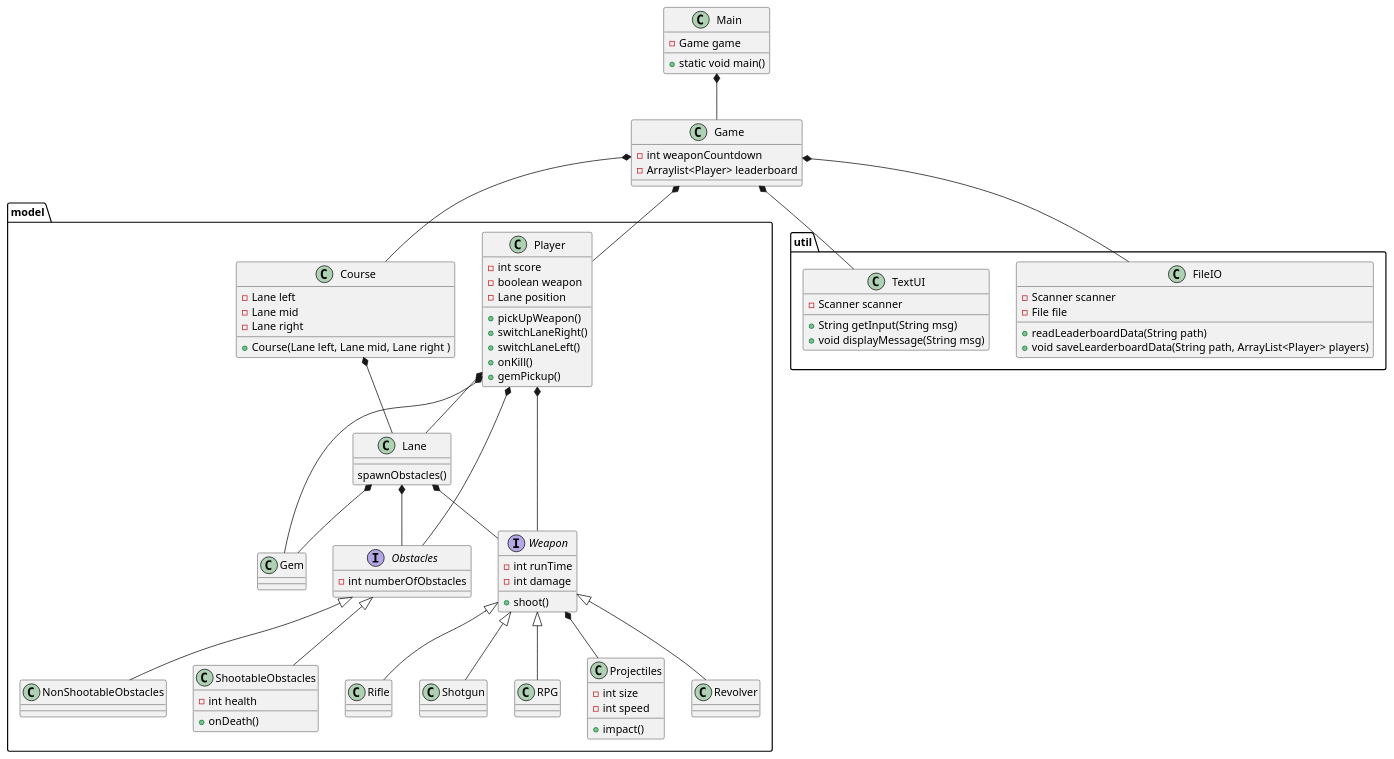
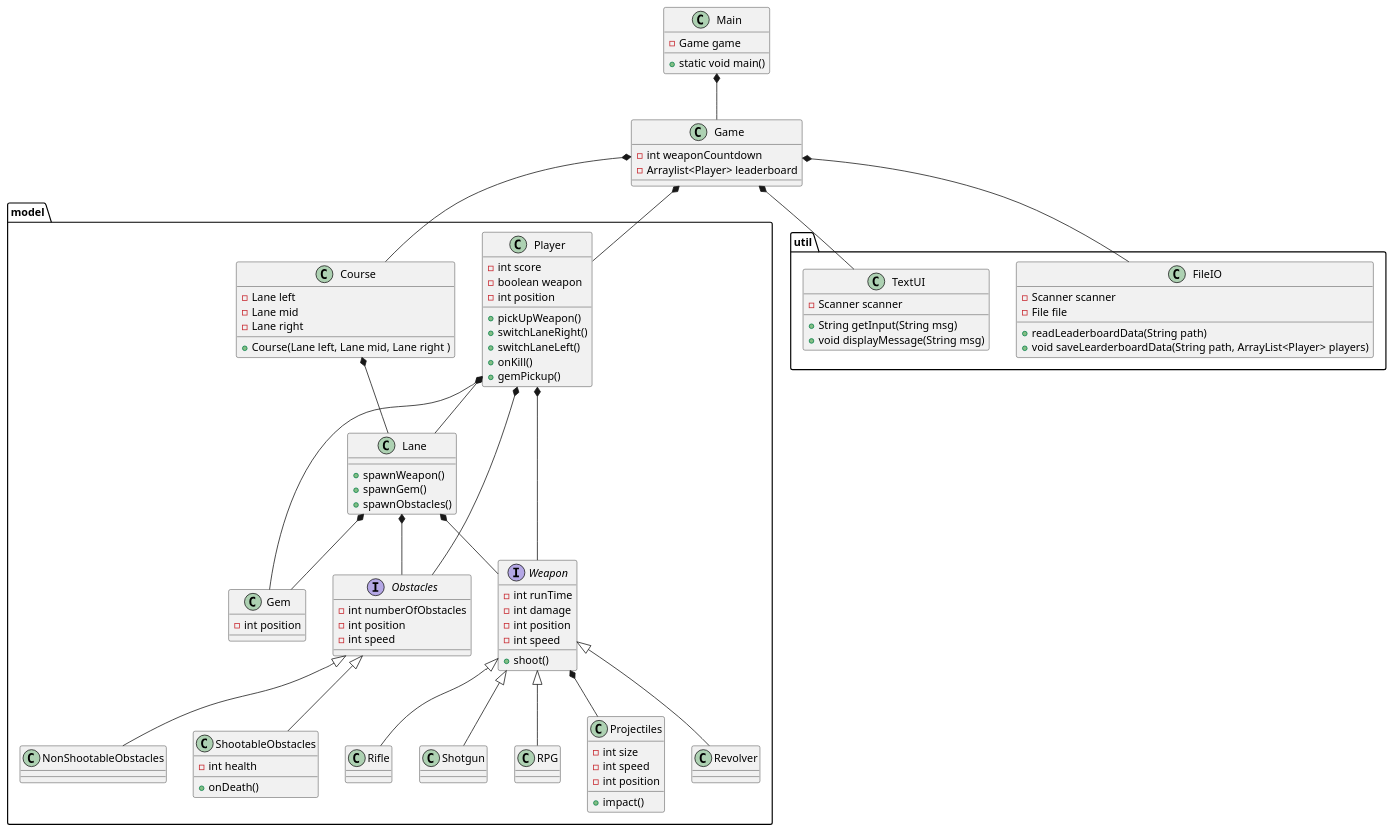
One commit to mbm1337/SP4_ICE changed the diagram in docs/ClassDiagram.puml. Above: the diagram before and after it, drawn with PlantUML.

```diff
--- a/docs/ClassDiagram.puml
+++ b/docs/ClassDiagram.puml
@@ -1,108 +1,117 @@
 @startuml
 'https://plantuml.com/class-diagram
 
 class Main{
 - Game game
 + static void main()
 
 }
 
 class Game{
 - int weaponCountdown
 -Arraylist<Player> leaderboard
 }
 
 package "model"{
 class Player{
 - int score
 - boolean weapon
-- Lane position
+- int position
 
 + pickUpWeapon()
 + switchLaneRight()
 + switchLaneLeft()
 + onKill()
 + gemPickup()
 
 }
 class Lane{
 
 
-spawnObstacles()
++spawnWeapon()
++spawnGem()
++spawnObstacles()
 }
 class Course{
 - Lane left
 - Lane mid
 - Lane right
 
 + Course(Lane left, Lane mid, Lane right )
 }
 
 interface Obstacles{
 - int numberOfObstacles
+- int position
+- int speed
 }
 
 class ShootableObstacles{
 - int health
 + onDeath()
 }
 class NonShootableObstacles
 
 interface Weapon{
 - int runTime
 - int damage
+- int position
+- int speed
 
 + shoot()
 }
 class Revolver
 class Rifle
 class Shotgun
 class RPG
 
 class Projectiles{
 -int size
 -int speed
+- int position
 
 +impact()
 }
 class Gem{
+-int position
 }
 
 
 }
 package "util"{
 class FileIO{
 - Scanner scanner
 - File file
 + readLeaderboardData(String path)
 + void saveLearderboardData(String path, ArrayList<Player> players)
 }
 class TextUI{
 + String getInput(String msg)
 - Scanner scanner
 + void displayMessage(String msg)
 }
 }
 Main*--Game
 Game*--Player
 Game*--Course
 Game*--FileIO
 Game*-- TextUI
 Course *-- Lane
 Obstacles<|-- ShootableObstacles
 Player*-- Obstacles
 Lane *--Obstacles
 Obstacles<|-- NonShootableObstacles
 Player *-- Weapon
 Player*-- Lane
 Lane *-- Weapon
 Weapon *-- Projectiles
 Weapon<|-- Revolver
 Weapon<|-- Rifle
 Weapon<|-- Shotgun
 Weapon<|-- RPG
 Lane *--Gem
 Player*-- Gem
 
 
+
 @enduml
```
